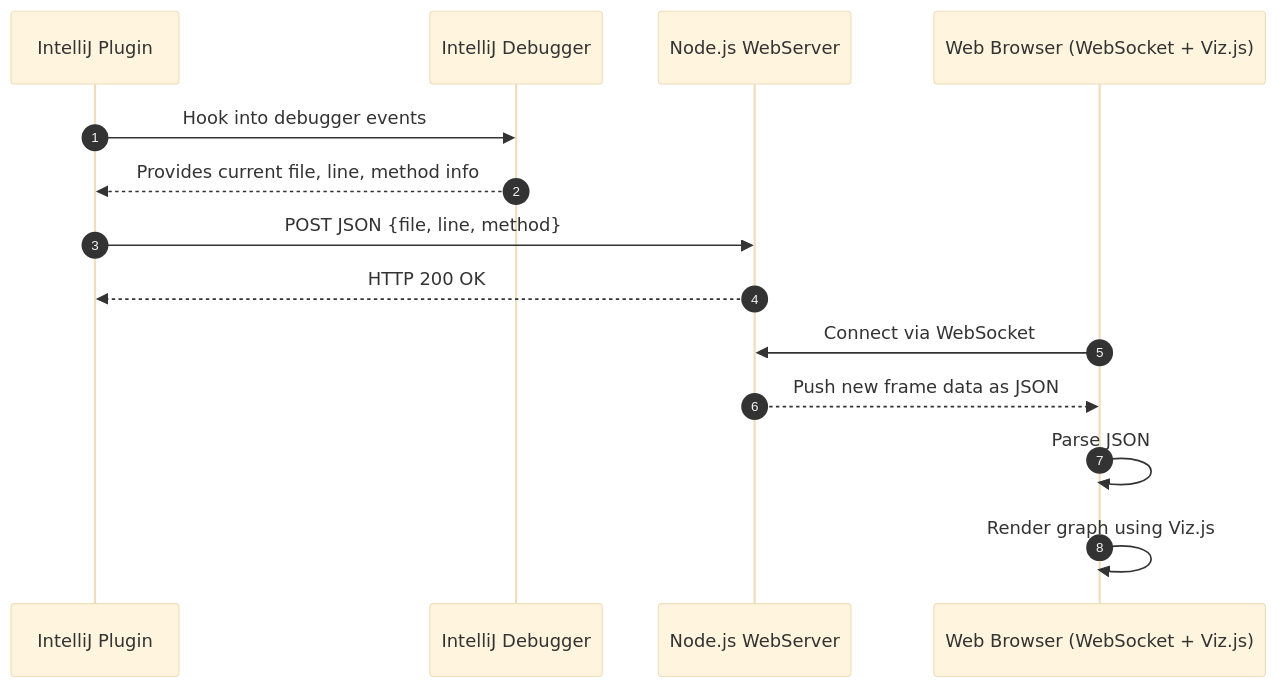
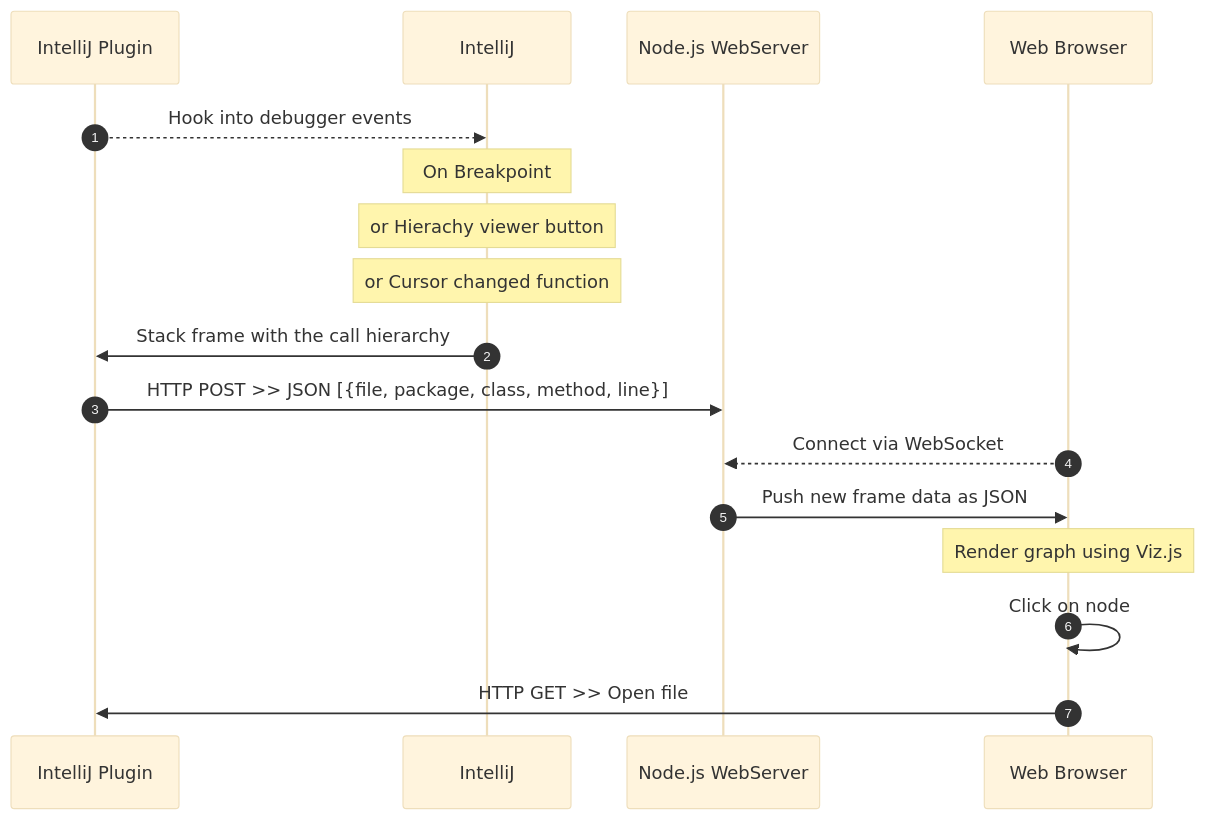
The first of 2 diagrams in README.md (nilsheuman/klassresan), drawn with Mermaid (base theme) before and after one commit. The commit also changed other lines of this file, not shown here.

````diff
--- a/README.md
+++ b/README.md
@@ -15,19 +26,22 @@
 ```mermaid
 sequenceDiagram
     autonumber
-    participant Plugin as IntelliJ Plugin
-    participant Debugger as IntelliJ Debugger
-    participant NodeServer as Node.js WebServer
-    participant Browser as Web Browser (WebSocket + Viz.js)
+    participant plugin as IntelliJ Plugin
+    participant idea as IntelliJ
+    participant node as Node.js WebServer
+    participant browser as Web Browser
 
-    Plugin->>Debugger: Hook into debugger events
-    Debugger-->>Plugin: Provides current file, line, method info
-    Plugin->>NodeServer: POST JSON {file, line, method}
-    NodeServer-->>Plugin: HTTP 200 OK
+    plugin  -->>  idea: Hook into debugger events
+    note over idea: On Breakpoint
+    note over idea: or Hierachy viewer button
+    note over idea: or Cursor changed function
+    idea    ->> plugin: Stack frame with the call hierarchy
+    plugin  ->>  node: HTTP POST >> JSON [{file, package, class, method, line}]
 
-    Browser->>NodeServer: Connect via WebSocket
-    NodeServer-->>Browser: Push new frame data as JSON
-    Browser->>Browser: Parse JSON
-    Browser->>Browser: Render graph using Viz.js
+    browser -->>  node: Connect via WebSocket
+    node    ->> browser: Push new frame data as JSON
+    note over browser: Render graph using Viz.js
 
+    browser ->>  browser: Click on node
+    browser ->>  plugin: HTTP GET >> Open file
 ```
````
